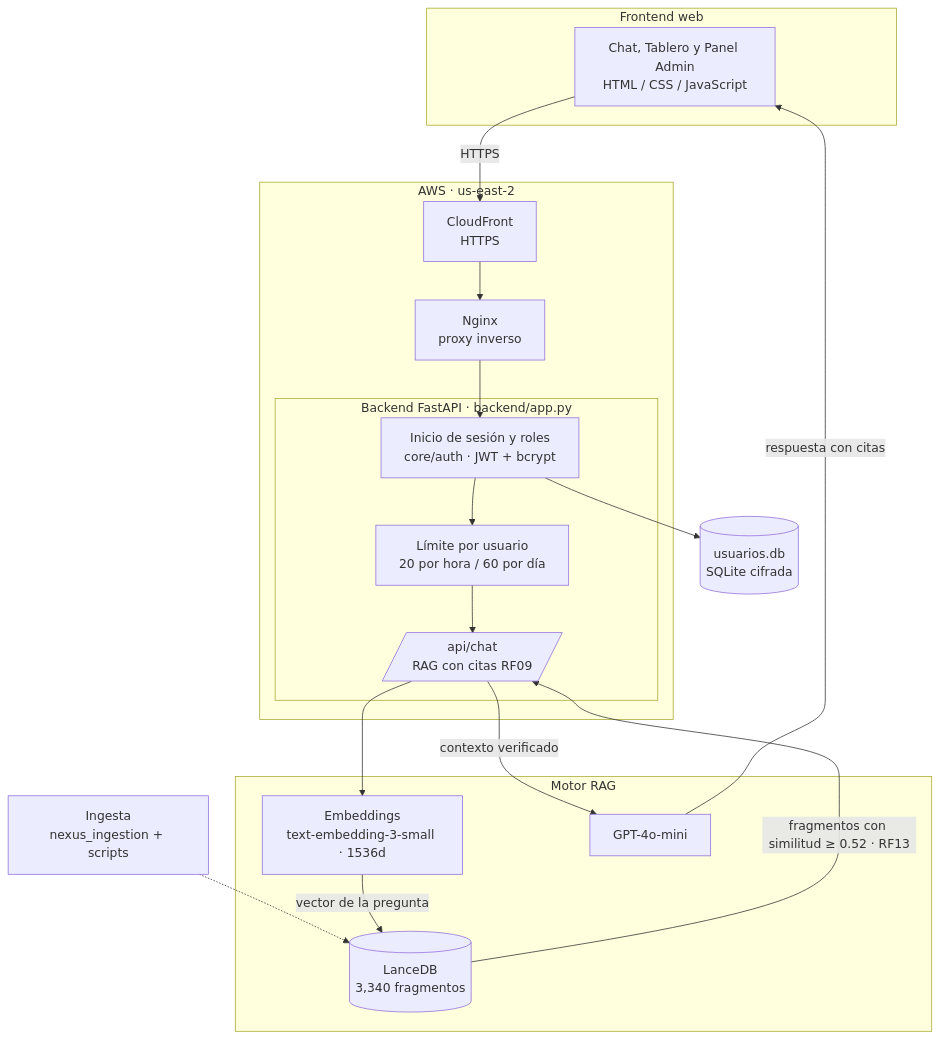
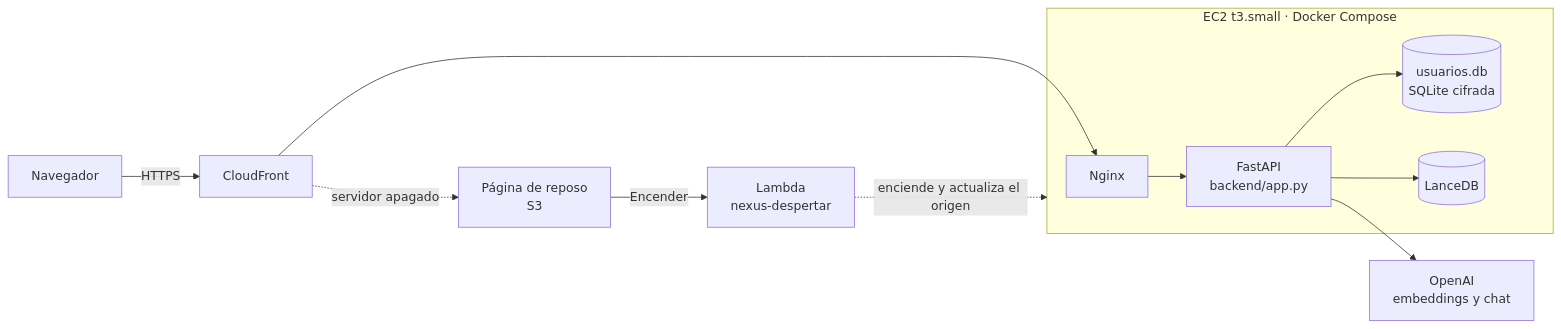
The diagram in README.md (igream/Nexus-FI), drawn with Mermaid before and after one commit. The commit also changed other lines of this file and 2 other files, not shown here.

First line of the commit message:
docs: README breve con banner y mini logos, y contexto de traspaso

````diff
--- a/README.md
+++ b/README.md
@@ -30,32 +33,16 @@
 ```mermaid
-flowchart TD
-    subgraph Cliente["Frontend web"]
-        UI[Chat, Tablero y Panel Admin\nHTML / CSS / JavaScript]
+flowchart LR
+    U[Navegador] -->|HTTPS| CF[CloudFront]
+    CF --> N[Nginx] --> API[FastAPI<br/>backend/app.py]
+    CF -. servidor apagado .-> S3[Página de reposo<br/>S3] -->|Encender| L[Lambda<br/>nexus-despertar]
+    L -. enciende y actualiza el origen .-> EC2
+    API --> DB[(usuarios.db<br/>SQLite cifrada)]
+    API --> V[(LanceDB)]
+    API --> OAI[OpenAI<br/>embeddings y chat]
+    subgraph EC2[EC2 t3.small · Docker Compose]
+      N
+      API
+      DB
+      V
     end
-
-    subgraph Nube["AWS · us-east-2"]
-        CF[CloudFront\nHTTPS]
-        NGINX[Nginx\nproxy inverso]
-        subgraph Backend["Backend FastAPI · backend/app.py"]
-            AUTH[Inicio de sesión y roles\ncore/auth · JWT + bcrypt]
-            LIMIT[Límite por usuario\n20 por hora / 60 por día]
-            CHAT[/api/chat\nRAG con citas RF09/]
-        end
-    end
-
-    subgraph RAG["Motor RAG"]
-        EMBED[Embeddings\ntext-embedding-3-small · 1536d]
-        VDB[(LanceDB\n3,340 fragmentos)]
-        LLM[GPT-4o-mini]
-    end
-
-    USERS[(usuarios.db\nSQLite cifrada)]
-    INGESTA[Ingesta\nnexus_ingestion + scripts] -.-> VDB
-
-    UI -->|HTTPS| CF --> NGINX --> AUTH
-    AUTH --> USERS
-    AUTH --> LIMIT --> CHAT
-    CHAT --> EMBED -->|vector de la pregunta| VDB
-    VDB -->|fragmentos con similitud ≥ 0.52 · RF13| CHAT
-    CHAT -->|contexto verificado| LLM -->|respuesta con citas| UI
 ```
````
